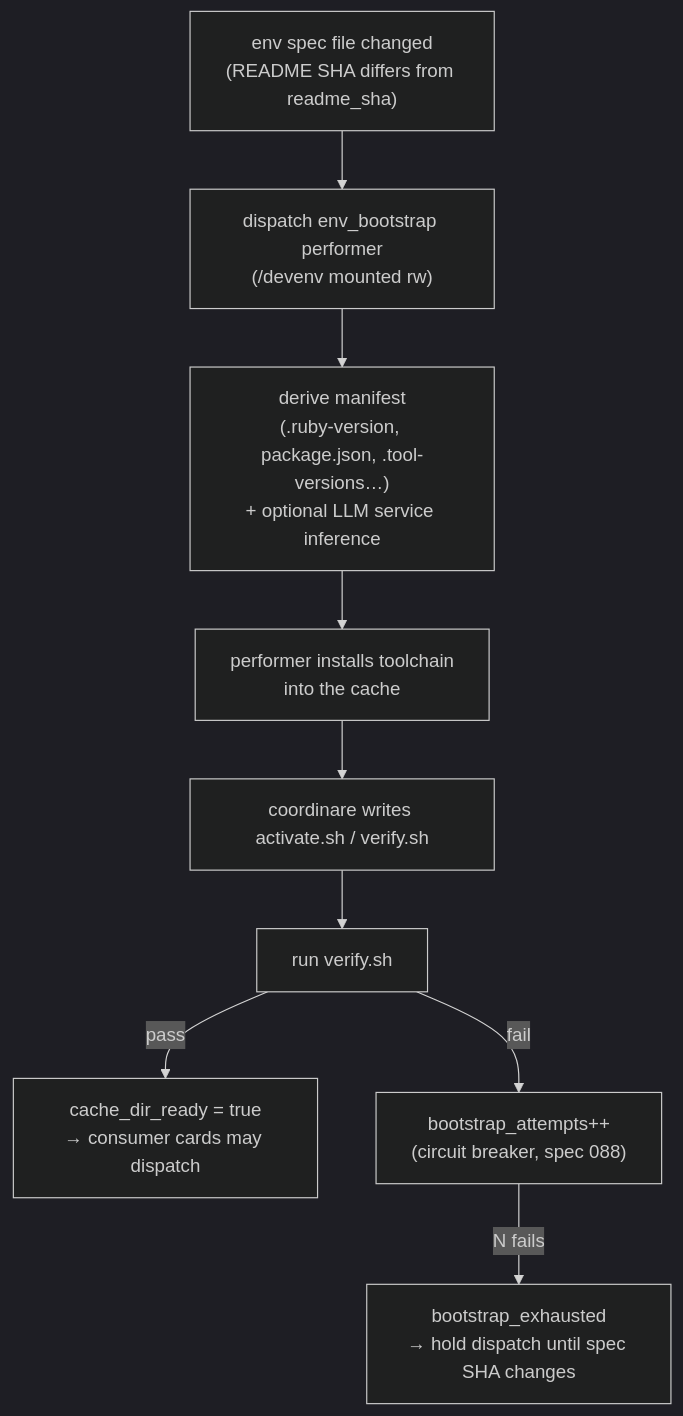
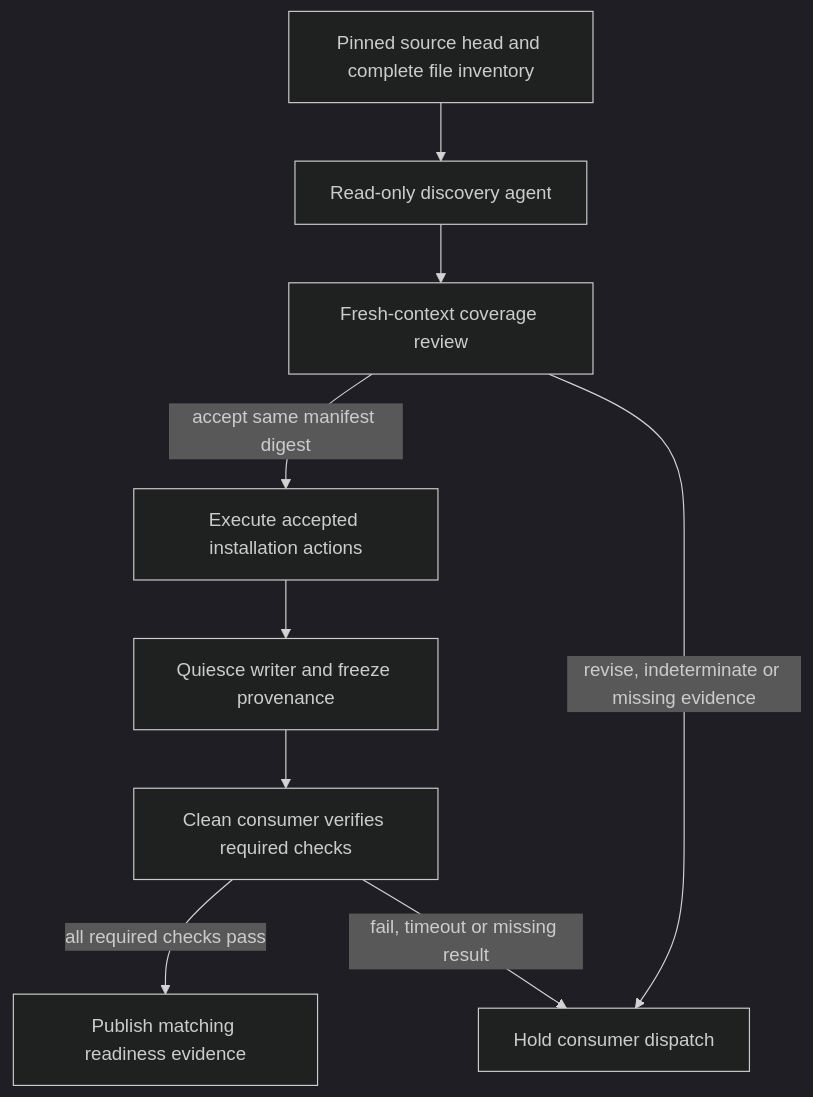
The diagram in docs/onboarding/06-env-cache.md (ViviDynamics/coordinare), drawn with Mermaid (dark theme) before and after one commit. The commit also changed other lines of this file and 119 other files, not shown here.

First line of the commit message:
Require reviewed environment manifests and clean consumer checks (#351) (#352)

````diff
--- a/docs/onboarding/06-env-cache.md
+++ b/docs/onboarding/06-env-cache.md
@@ -28,12 +14,11 @@
 ```mermaid
 flowchart TB
-  CHG["env spec file changed<br/>(README SHA differs from readme_sha)"]
-  CHG --> DISP["dispatch env_bootstrap performer<br/>(/devenv mounted rw)"]
-  DISP --> MAN["derive manifest<br/>(.ruby-version, package.json, .tool-versions…)<br/>+ optional LLM service inference"]
-  MAN --> INSTALL["performer installs toolchain<br/>into the cache"]
-  INSTALL --> ACT["coordinare writes activate.sh / verify.sh"]
-  ACT --> VERIFY["run verify.sh"]
-  VERIFY -->|pass| READY["cache_dir_ready = true<br/>→ consumer cards may dispatch"]
-  VERIFY -->|fail| CB["bootstrap_attempts++<br/>(circuit breaker, spec 088)"]
-  CB -->|N fails| EXH["bootstrap_exhausted<br/>→ hold dispatch until spec SHA changes"]
+  SOURCE["Pinned source head and complete file inventory"] --> DISCOVER["Read-only discovery agent"]
+  DISCOVER --> REVIEW["Fresh-context coverage review"]
+  REVIEW -->|accept same manifest digest| INSTALL["Execute accepted installation actions"]
+  REVIEW -->|revise, indeterminate or missing evidence| HOLD["Hold consumer dispatch"]
+  INSTALL --> CLEAN["Quiesce writer and freeze provenance"]
+  CLEAN --> VERIFY["Clean consumer verifies required checks"]
+  VERIFY -->|all required checks pass| READY["Publish matching readiness evidence"]
+  VERIFY -->|fail, timeout or missing result| HOLD
 ```
````
